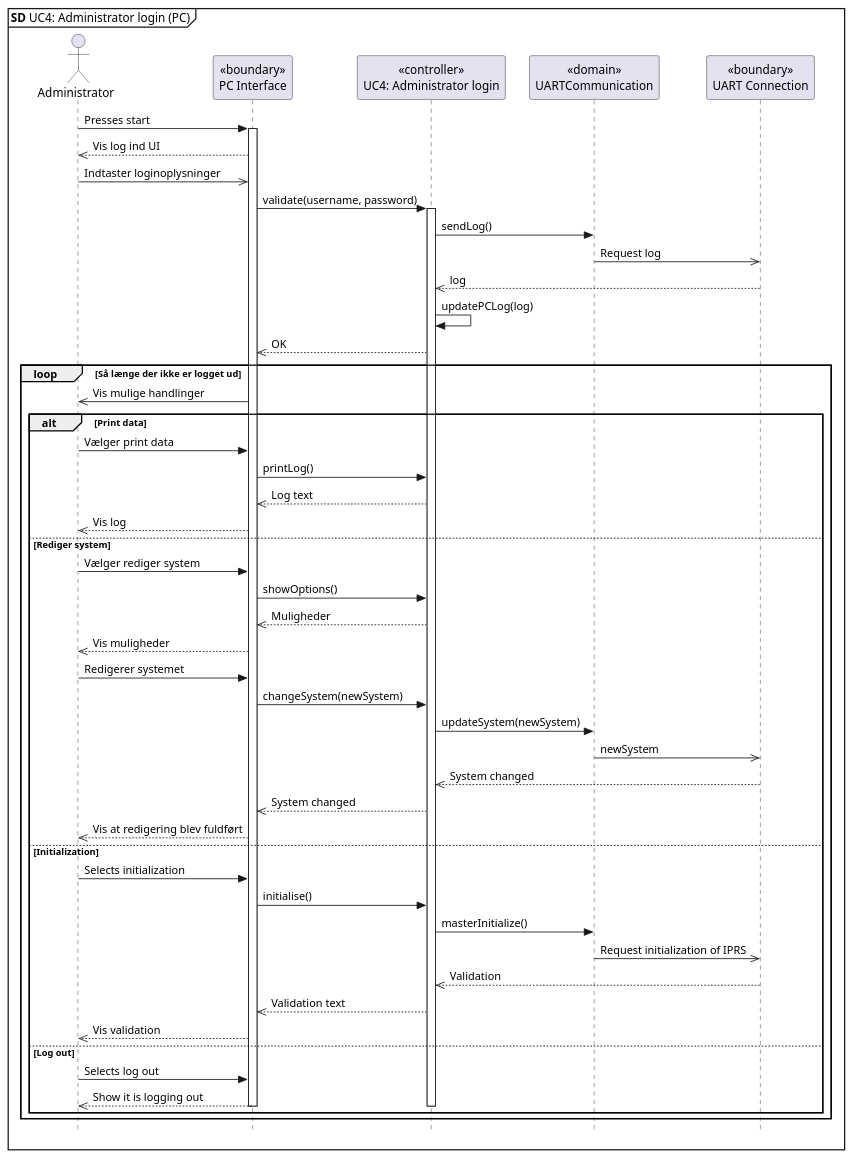
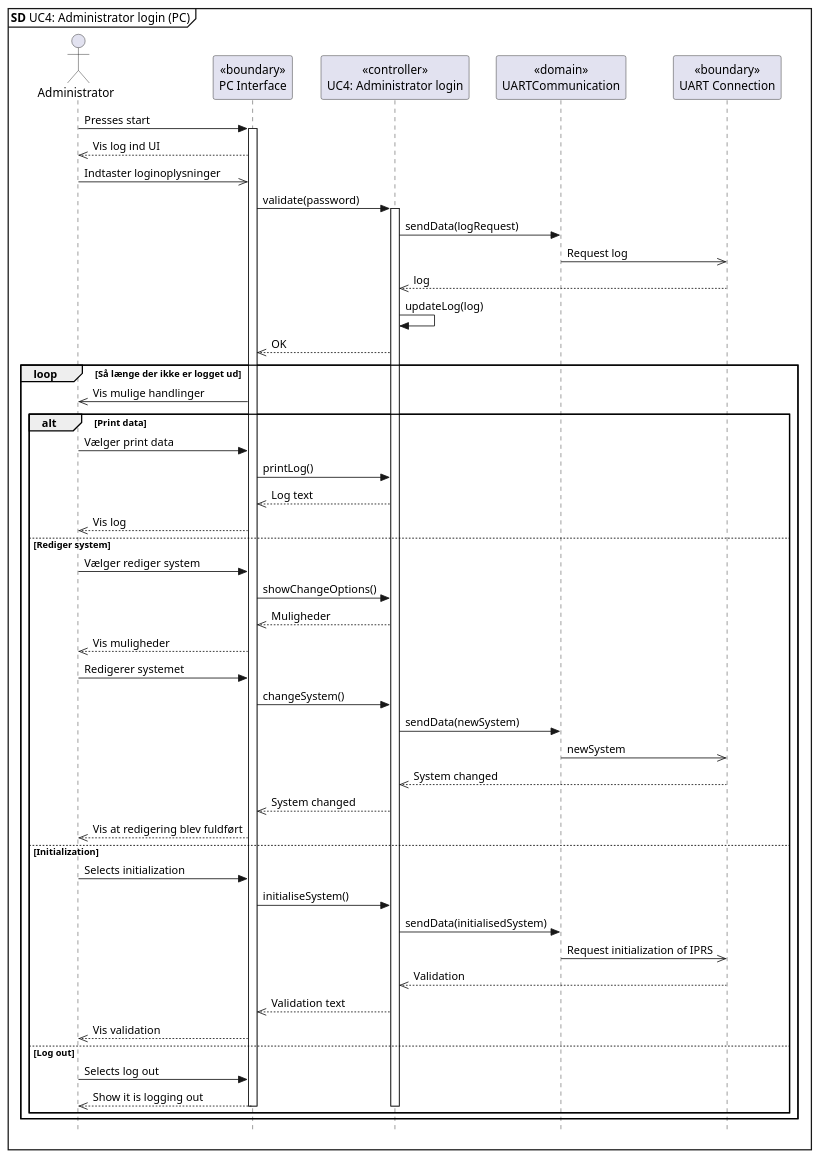
The diagram in SysML/Software Arkitektur-Design/UC4 AM/UC4 SD PC.puml (Tukkel/Projekt_2), drawn with PlantUML before and after one commit. The commit also changed 1 other file, not shown here.

```diff
--- a/SysML/Software Arkitektur-Design/UC4 AM/UC4 SD PC.puml
+++ b/SysML/Software Arkitektur-Design/UC4 AM/UC4 SD PC.puml
@@ -1,57 +1,57 @@
 @startuml UC4 SD PC
 skinparam style strictuml
 
 mainframe **SD** UC4: Administrator login (PC)
 
 actor       Administrator      as admin
 participant "<<boundary>>\nPC Interface" as UI
 participant "<<controller>>\nUC4: Administrator login" as PC
 participant "<<domain>>\nUARTCommunication" as UART
 participant "<<boundary>>\nUART Connection" as UARTCon
 
 admin -> UI : Presses start
 activate UI
 admin <<-- UI : Vis log ind UI
 admin ->> UI : Indtaster loginoplysninger
-UI -> PC : validate(username, password)
+UI -> PC : validate(password)
 activate PC
-PC -> UART : sendLog()
+PC -> UART : sendData(logRequest)
 UART ->> UARTCon : Request log
 PC <<-- UARTCon : log
-PC -> PC : updatePCLog(log)
+PC -> PC : updateLog(log)
 UI <<-- PC : OK
 loop Så længe der ikke er logget ud
 admin <<- UI : Vis mulige handlinger
 alt Print data
 admin -> UI : Vælger print data
 UI -> PC : printLog()
 UI <<-- PC : Log text
 admin <<-- UI : Vis log
 else Rediger system
 admin -> UI : Vælger rediger system
-UI -> PC : showOptions()
+UI -> PC : showChangeOptions()
 UI <<-- PC : Muligheder
 admin <<-- UI : Vis muligheder
 admin -> UI : Redigerer systemet
-UI -> PC : changeSystem(newSystem)
-PC -> UART : updateSystem(newSystem)
+UI -> PC : changeSystem()
+PC -> UART : sendData(newSystem)
 UART ->> UARTCon : newSystem
 PC <<-- UARTCon : System changed
 UI <<-- PC : System changed
 admin <<-- UI : Vis at redigering blev fuldført
 else Initialization
 admin -> UI : Selects initialization
-UI -> PC : initialise()
-PC -> UART : masterInitialize()
+UI -> PC : initialiseSystem()
+PC -> UART : sendData(initialisedSystem)
 UART ->> UARTCon : Request initialization of IPRS
 PC <<-- UARTCon : Validation
 UI <<-- PC : Validation text
 admin <<-- UI : Vis validation
 else Log out
 admin -> UI : Selects log out
 admin <<-- UI : Show it is logging out
 deactivate PC
 deactivate UI
 end
 end
 @enduml
```
